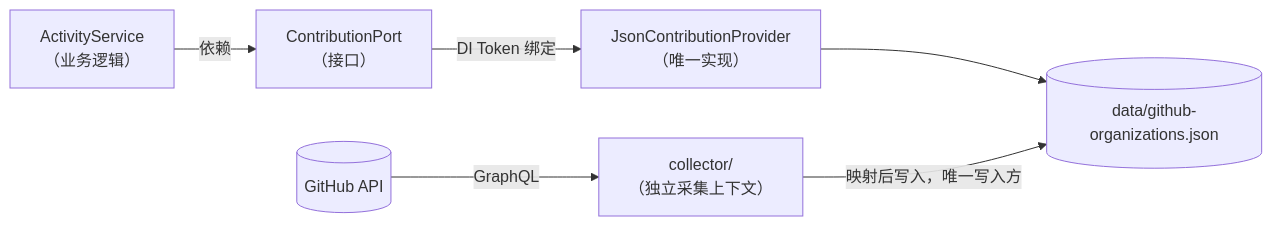
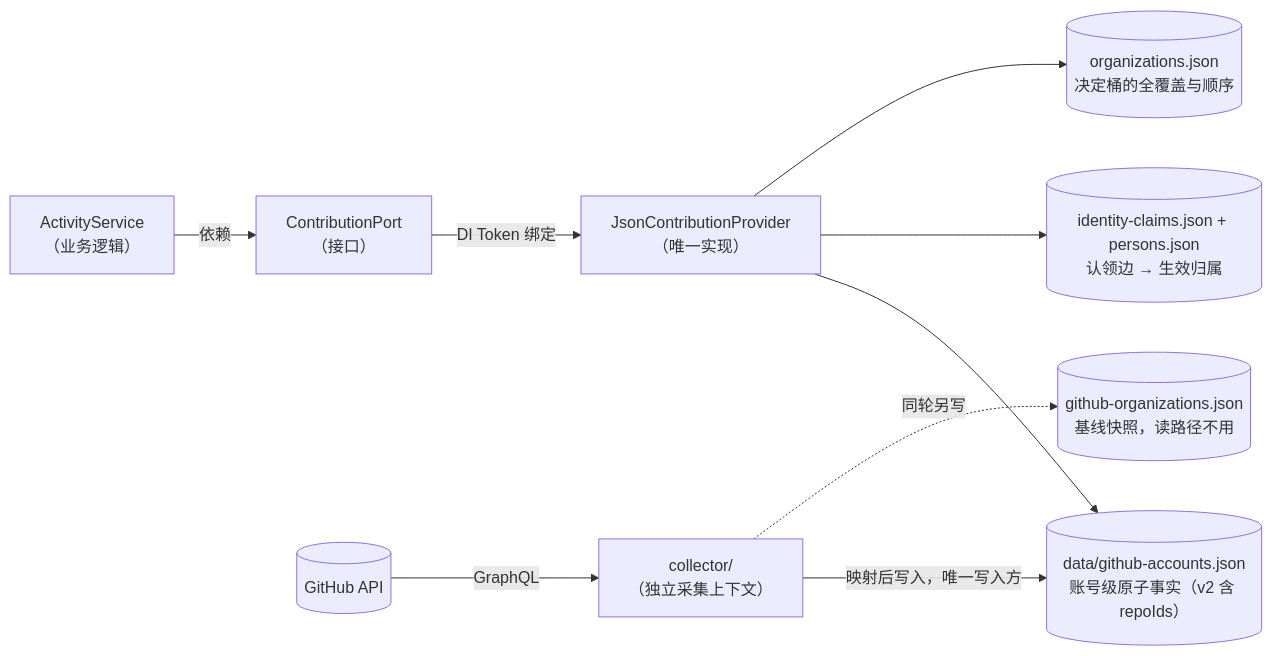
The fourth of 8 diagrams in docs/01-architecture-overview.md (huang2001junjie-rgb/openan-operation-insights), drawn with Mermaid before and after one commit. The commit also changed other lines of this file and 51 other files, not shown here.

````diff
--- a/docs/01-architecture-overview.md
+++ b/docs/01-architecture-overview.md
@@ -228,8 +228,11 @@
 ```mermaid
 flowchart LR
   S["ActivityService<br/>（业务逻辑）"] -->|依赖| P["ContributionPort<br/>（接口）"]
   P -->|DI Token 绑定| A1["JsonContributionProvider<br/>（唯一实现）"]
-  A1 --> D[("data/github-organizations.json")]
+  A1 --> D[("data/github-accounts.json<br/>账号级原子事实（v2 含 repoIds）")]
+  A1 --> K[("identity-claims.json + persons.json<br/>认领边 → 生效归属")]
+  A1 --> O[("organizations.json<br/>决定桶的全覆盖与顺序")]
   G[("GitHub API")] -->|GraphQL| C["collector/<br/>（独立采集上下文）"]
   C -->|映射后写入，唯一写入方| D
+  C -.->|同轮另写| SN[("github-organizations.json<br/>基线快照，读路径不用")]
 ```
````
